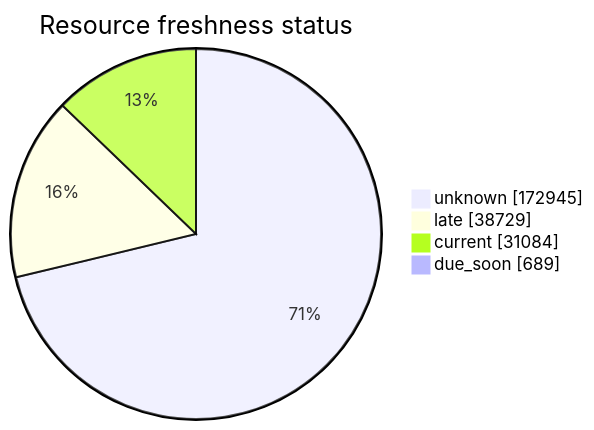
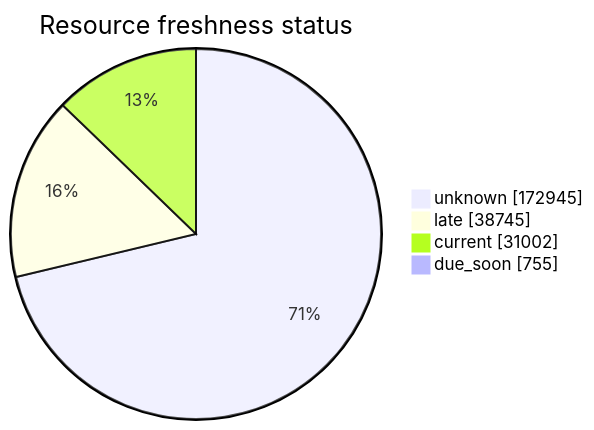
Before and after one commit to open-data/analytics-corporate-reporting: the third of 5 diagrams in FreshCheck/README.md, drawn with Mermaid. The commit also changed other lines of this file and 3 other files, not shown here.

````diff
--- a/FreshCheck/README.md
+++ b/FreshCheck/README.md
@@ -77,7 +77,7 @@
 ```mermaid
 pie showData title Resource freshness status
     "unknown": 172945
-    "late": 38729
-    "current": 31084
-    "due_soon": 689
+    "late": 38745
+    "current": 31002
+    "due_soon": 755
 ```
````
